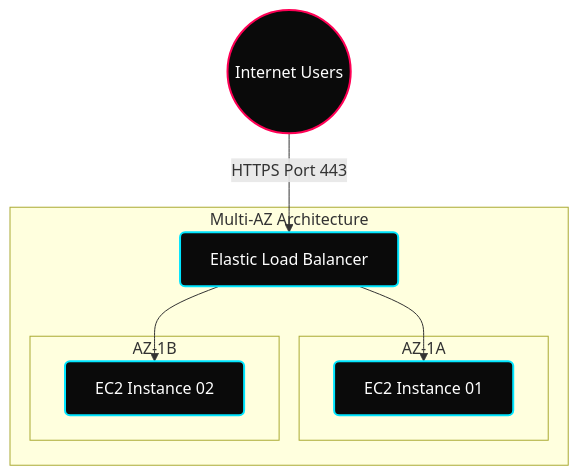
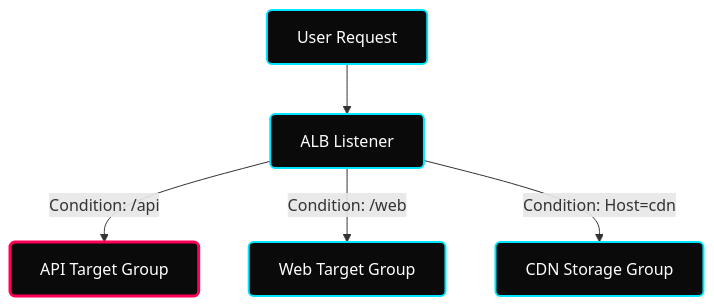
Before and after one commit to hridyen/DevOps-Survival-Roadmap: the diagram in Week-11-AWS-Compute-and-Storage/Load-Balancing/notes.md, drawn with Mermaid. The commit also changed other lines of this file and 4 other files, not shown here.

````diff
--- a/Week-11-AWS-Compute-and-Storage/Load-Balancing/notes.md
+++ b/Week-11-AWS-Compute-and-Storage/Load-Balancing/notes.md
@@ -15,24 +28,11 @@
 ```mermaid
 graph TD
     classDef default fill:#0A0A0A,stroke:#00E5FF,stroke-width:2px,color:#FFFFFF,rx:5px,ry:5px;
-    classDef users fill:#0A0A0A,stroke:#FF0055,stroke-width:2px,color:#FFFFFF,rx:5px,ry:5px;
+    classDef highlight fill:#0A0A0A,stroke:#FF0055,stroke-width:3px,color:#FFFFFF,rx:5px,ry:5px;
 
-    Client((Internet Users)):::users
+    User[User Request] --> ALB[ALB Listener]
     
-    subgraph Multi-AZ Architecture
-        LB[Elastic Load Balancer]
-        
-        subgraph AZ-1A
-            EC2_1[EC2 Instance 01]
-        end
-        
-        subgraph AZ-1B
-            EC2_2[EC2 Instance 02]
-        end
-        
-        LB --> EC2_1
-        LB --> EC2_2
-    end
-    
-    Client -->|HTTPS Port 443| LB
+    ALB -->|Condition: /api| TG1[API Target Group]:::highlight
+    ALB -->|Condition: /web| TG2[Web Target Group]
+    ALB -->|Condition: Host=cdn| TG3[CDN Storage Group]
 ```
````
